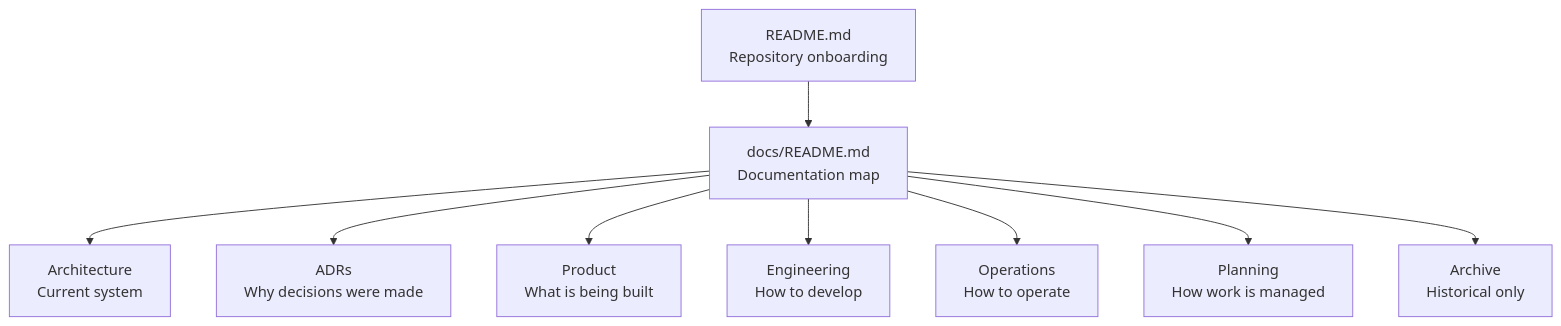
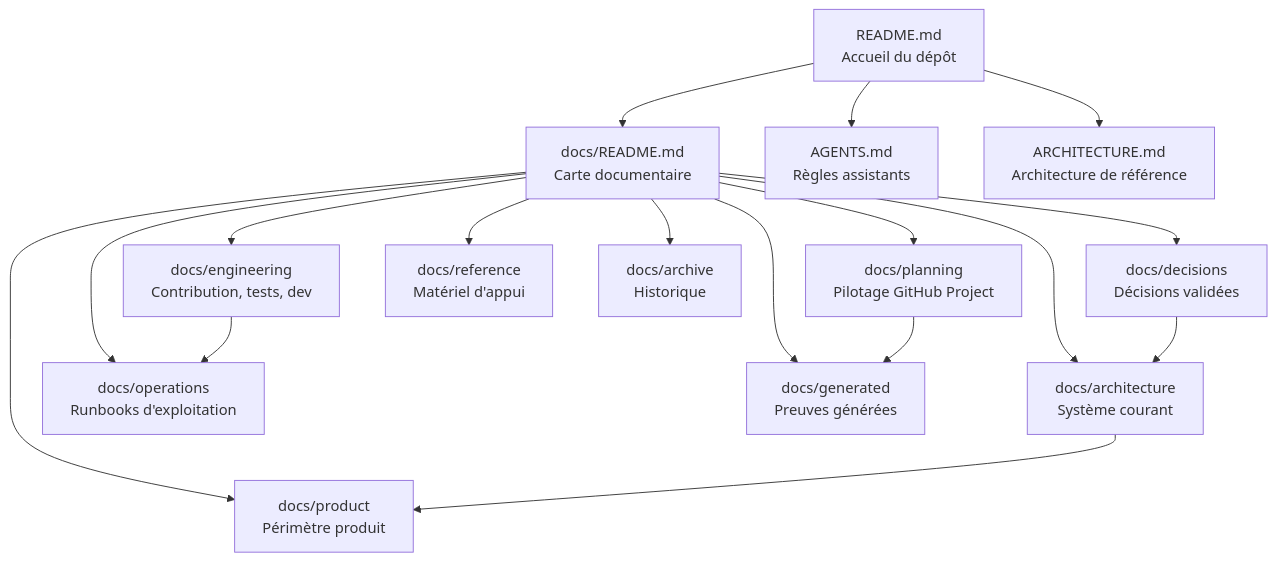
The diagram in docs/README.md (Ange230700/kraak-consulting), drawn with Mermaid before and after one commit. The commit also changed other lines of this file and 9 other files, not shown here.

Commit message:
docs(docs): rationaliser les diagrammes mermaid

````diff
--- a/docs/README.md
+++ b/docs/README.md
@@ -16,21 +16,34 @@
 ```mermaid
 flowchart TD
-    root["README.md<br/>Repository onboarding"]
-    docsIndex["docs/README.md<br/>Documentation map"]
-    architecture["Architecture<br/>Current system"]
-    decisions["ADRs<br/>Why decisions were made"]
-    product["Product<br/>What is being built"]
-    engineering["Engineering<br/>How to develop"]
-    operations["Operations<br/>How to operate"]
-    planning["Planning<br/>How work is managed"]
-    archive["Archive<br/>Historical only"]
+    root["README.md<br/>Accueil du dépôt"]
+    docsIndex["docs/README.md<br/>Carte documentaire"]
+    agents["AGENTS.md<br/>Règles assistants"]
+    archRoot["ARCHITECTURE.md<br/>Architecture de référence"]
+    architecture["docs/architecture<br/>Système courant"]
+    decisions["docs/decisions<br/>Décisions validées"]
+    product["docs/product<br/>Périmètre produit"]
+    engineering["docs/engineering<br/>Contribution, tests, dev"]
+    operations["docs/operations<br/>Runbooks d'exploitation"]
+    planning["docs/planning<br/>Pilotage GitHub Project"]
+    reference["docs/reference<br/>Matériel d'appui"]
+    generated["docs/generated<br/>Preuves générées"]
+    archive["docs/archive<br/>Historique"]
 
     root --> docsIndex
+    root --> agents
+    root --> archRoot
     docsIndex --> architecture
     docsIndex --> decisions
     docsIndex --> product
     docsIndex --> engineering
     docsIndex --> operations
     docsIndex --> planning
+    docsIndex --> reference
+    docsIndex --> generated
     docsIndex --> archive
+
+    decisions --> architecture
+    architecture --> product
+    engineering --> operations
+    planning --> generated
 ```
````
